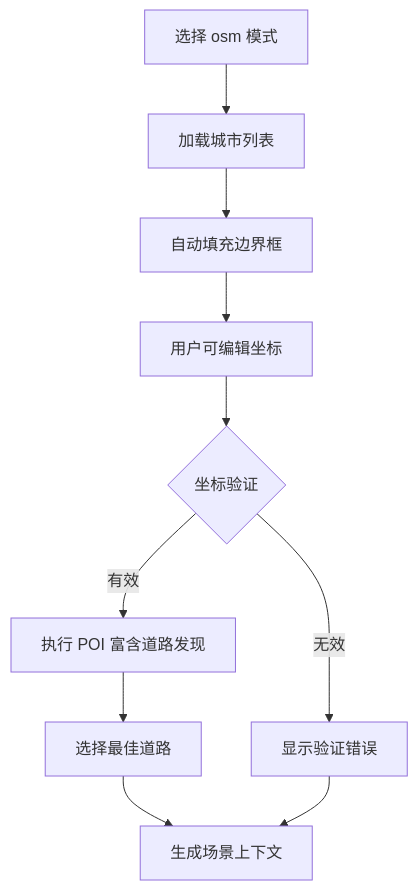
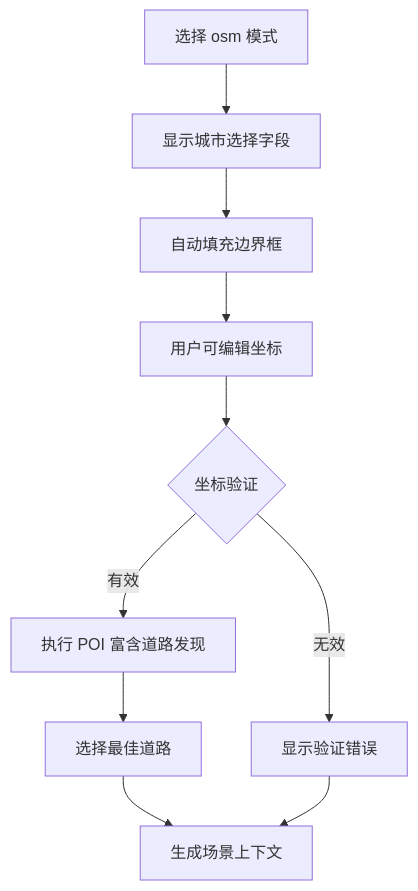
One commit to wsqstar/RoadGen3D changed the seventh of 15 diagrams in .qoder/repowiki/zh/content/Web界面系统/工作台界面/场景设置面板.md. Above: the diagram before and after it, drawn with Mermaid. The commit also changed other lines of this file and 8 other files, not shown here.

````diff
--- a/.qoder/repowiki/zh/content/Web界面系统/工作台界面/场景设置面板.md
+++ b/.qoder/repowiki/zh/content/Web界面系统/工作台界面/场景设置面板.md
@@ -171,12 +287,12 @@
 ```mermaid
 flowchart TD
-A[选择 osm 模式] --> B[加载城市列表]
+A[选择 osm 模式] --> B[显示城市选择字段]
 B --> C[自动填充边界框]
 C --> D[用户可编辑坐标]
 D --> E{坐标验证}
 E --> |有效| F[执行 POI 富含道路发现]
 E --> |无效| G[显示验证错误]
 F --> H[选择最佳道路]
 H --> I[生成场景上下文]
 G --> I
 ```
````
